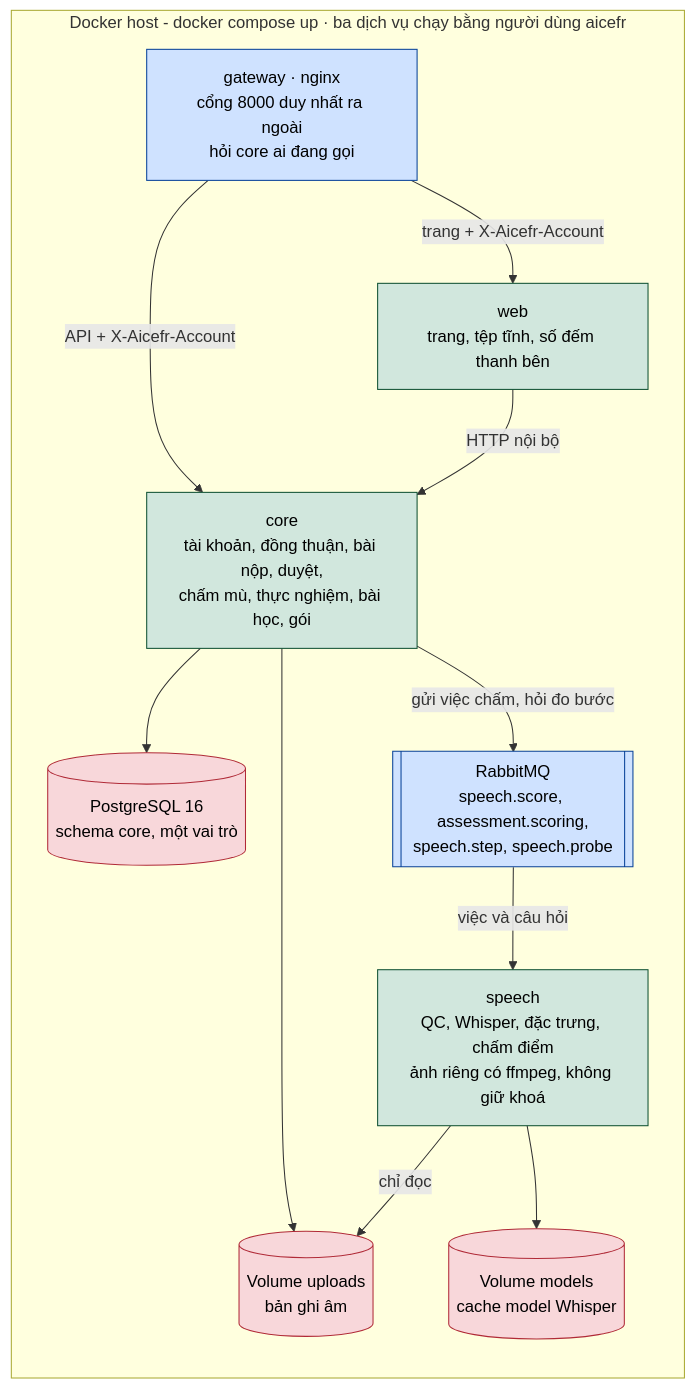
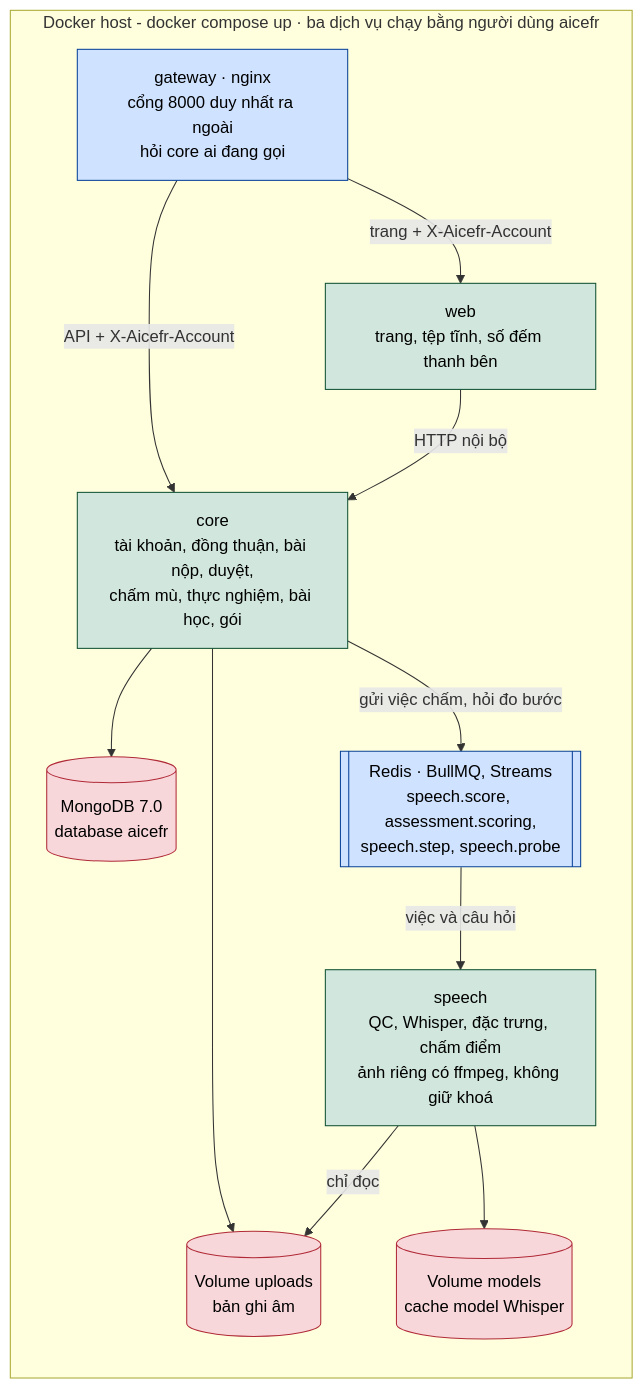
The tenth of 12 diagrams in docs/sdd/SDD.md (ThanhSangLouis/ai-assessor-cefr), drawn with Mermaid before and after one commit. The commit also changed other lines of this file and 9 other files, not shown here.

First line of the commit message:
docs(SDD): sơ đồ lớp, kiến trúc 02b/02c, triển khai 06 khớp code sau W7

````diff
--- a/docs/sdd/SDD.md
+++ b/docs/sdd/SDD.md
@@ -1451,35 +1456,35 @@
 ```mermaid
-%% SDD - Diagram 06: Deployment diagram - sau D044
+%% SDD - Diagram 06: Deployment diagram - sau D044, D048, D050
 %% Ve dung docker-compose.yml va Dockerfile: mot gateway nginx, ba dich vu
-%% (core, speech, web), PostgreSQL mot schema core, RabbitMQ, hai volume. Mot
+%% (core, speech, web), MongoDB mot database aicefr, Redis (BullMQ), hai volume. Mot
 %% may chay tat ca (aicefr.api.main) van dung duoc cho phat trien va kiem thu.
 flowchart TB
     subgraph HOST["Docker host - docker compose up · ba dịch vụ chạy bằng người dùng aicefr"]
         direction TB
         GW["gateway · nginx<br/>cổng 8000 duy nhất ra ngoài<br/>hỏi core ai đang gọi"]
         CO["core<br/>tài khoản, đồng thuận, bài nộp, duyệt,<br/>chấm mù, thực nghiệm, bài học, gói"]
         WE["web<br/>trang, tệp tĩnh, số đếm thanh bên"]
         SP["speech<br/>QC, Whisper, đặc trưng, chấm điểm<br/>ảnh riêng có ffmpeg, không giữ khoá"]
-        PG[("PostgreSQL 16<br/>schema core, một vai trò")]
-        MQ[["RabbitMQ<br/>speech.score, assessment.scoring,<br/>speech.step, speech.probe"]]
+        PG[("MongoDB 7.0<br/>database aicefr")]
+        MQ[["Redis · BullMQ, Streams<br/>speech.score, assessment.scoring,<br/>speech.step, speech.probe"]]
         V1[("Volume uploads<br/>bản ghi âm")]
         V2[("Volume models<br/>cache model Whisper")]
     end
 
     GW -->|"API + X-Aicefr-Account"| CO
     GW -->|"trang + X-Aicefr-Account"| WE
     WE -->|"HTTP nội bộ"| CO
     CO --> PG
     CO -->|"gửi việc chấm, hỏi đo bước"| MQ
     MQ -->|"việc và câu hỏi"| SP
     CO --> V1
     SP -->|"chỉ đọc"| V1
     SP --> V2
 
     classDef data fill:#f8d7da,stroke:#b02a37,color:#000
     classDef app fill:#d1e7dd,stroke:#0f5132,color:#000
     classDef edge fill:#cfe2ff,stroke:#084298,color:#000
     class PG,V1,V2 data
     class CO,WE,SP app
     class GW,MQ edge
 ```
````
